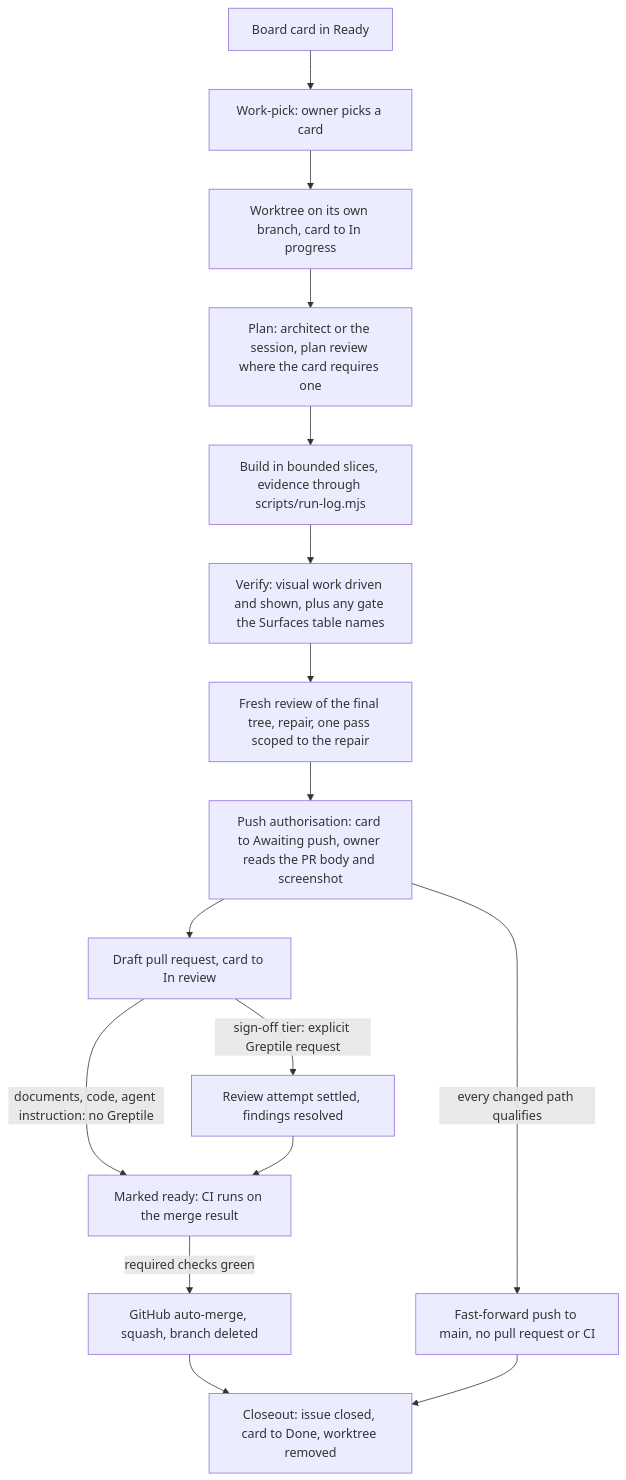
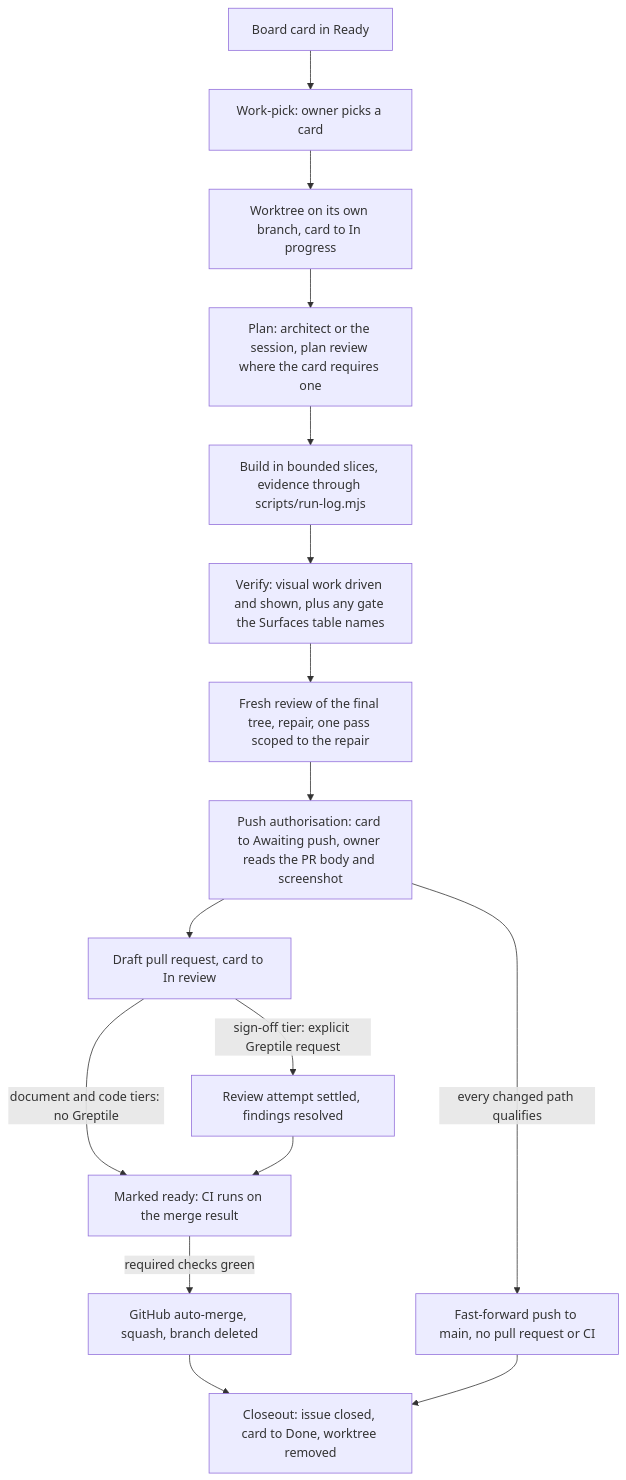
One commit to zaingulel/RentCottage changed the diagram in docs/AI-WORKFLOW-job.md. Above: the diagram before and after it, drawn with Mermaid. The commit also changed other lines of this file and 64 other files, not shown here.

````diff
--- a/docs/AI-WORKFLOW-job.md
+++ b/docs/AI-WORKFLOW-job.md
@@ -23,18 +23,18 @@
 ```mermaid
 flowchart TD
     C[Board card in Ready] --> WP[Work-pick: owner picks a card]
     WP --> WT[Worktree on its own branch, card to In progress]
     WT --> PL[Plan: architect or the session, plan review where the card requires one]
     PL --> BD[Build in bounded slices, evidence through scripts/run-log.mjs]
     BD --> VR[Verify: visual work driven and shown, plus any gate the Surfaces table names]
     VR --> RV[Fresh review of the final tree, repair, one pass scoped to the repair]
     RV --> PA[Push authorisation: card to Awaiting push, owner reads the PR body and screenshot]
     PA --> DR[Draft pull request, card to In review]
     PA -->|every changed path qualifies| FF[Fast-forward push to main, no pull request or CI]
-    DR -->|documents, code, agent instruction: no Greptile| RD[Marked ready: CI runs on the merge result]
+    DR -->|document and code tiers: no Greptile| RD[Marked ready: CI runs on the merge result]
     DR -->|sign-off tier: explicit Greptile request| GR[Review attempt settled, findings resolved]
     GR --> RD
     RD -->|required checks green| MG[GitHub auto-merge, squash, branch deleted]
     MG --> CO[Closeout: issue closed, card to Done, worktree removed]
     FF --> CO
 ```
````
